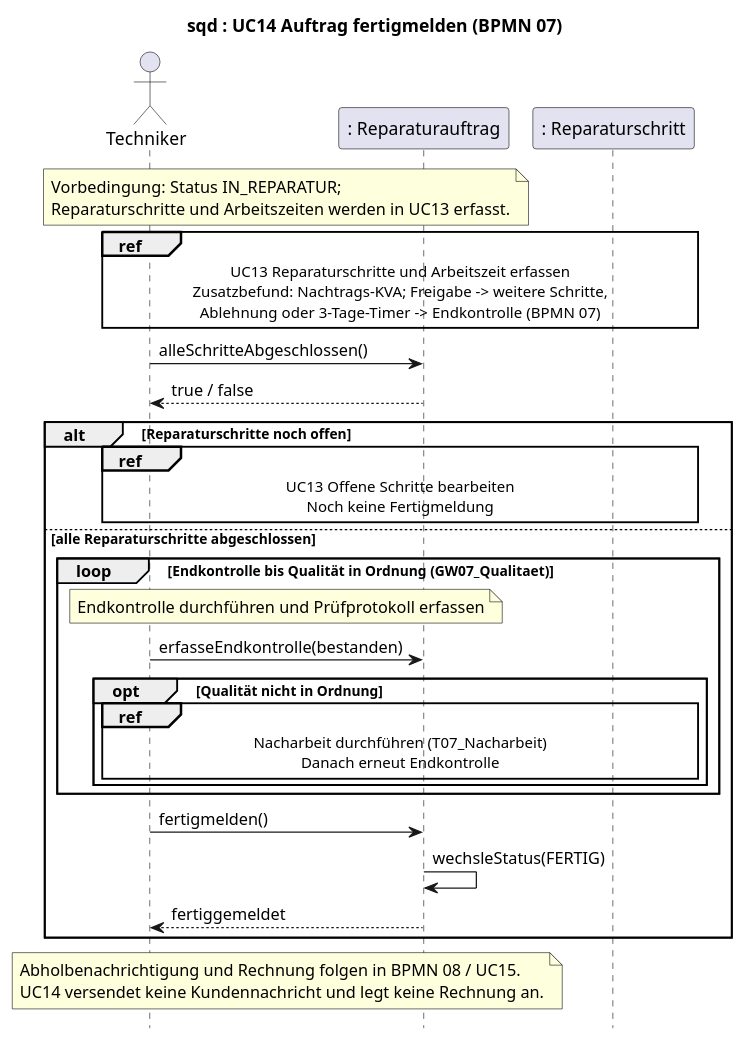
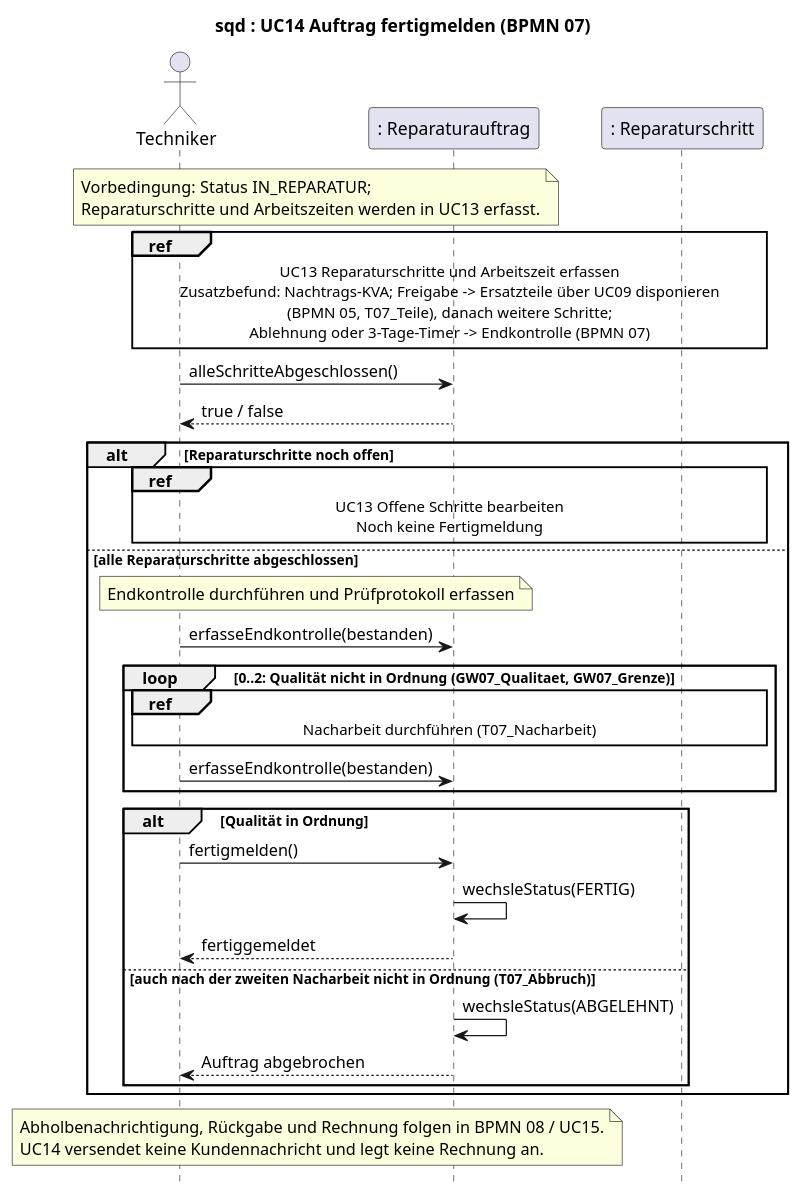
The diagram in uml/sequenz-04-fertigmeldung.puml (jakobschwan123-cmd/casestudy-semester-3), drawn with PlantUML before and after one commit. The commit also changed 19 other files, not shown here.

```diff
--- a/uml/sequenz-04-fertigmeldung.puml
+++ b/uml/sequenz-04-fertigmeldung.puml
@@ -1,33 +1,37 @@
 @startuml
 ' BPMN: p07-reparaturdurchfuehrung.bpmn
-' BPMN-Nodes: T07_Status T07_Start T07_Doku GW07_Weitere T07_Nachtrag T07_NachtragSenden E07_Entscheidung E07_Timer GW07_Nachtrag T07_Endkontrolle GW07_Qualitaet T07_Nacharbeit T07_Fertig
+' BPMN-Nodes: T07_Status T07_Start T07_Doku GW07_Weitere T07_Nachtrag T07_NachtragSenden E07_Entscheidung E07_Timer GW07_Nachtrag T07_Teile T07_Endkontrolle GW07_Qualitaet GW07_Grenze T07_Nacharbeit T07_Abbruch T07_Fertig
 title sqd : UC14 Auftrag fertigmelden (BPMN 07)
 skinparam defaultFontName Arial
 skinparam sequenceMessageAlign left
 skinparam maxMessageSize 160
 hide footbox
 
 actor Techniker
 participant ": Reparaturauftrag" as RA
 participant ": Reparaturschritt" as RS
 
 note over Techniker, RA : Vorbedingung: Status IN_REPARATUR;\nReparaturschritte und Arbeitszeiten werden in UC13 erfasst.
-ref over Techniker, RA, RS : UC13 Reparaturschritte und Arbeitszeit erfassen\nZusatzbefund: Nachtrags-KVA; Freigabe -> weitere Schritte,\nAblehnung oder 3-Tage-Timer -> Endkontrolle (BPMN 07)
+ref over Techniker, RA, RS : UC13 Reparaturschritte und Arbeitszeit erfassen\nZusatzbefund: Nachtrags-KVA; Freigabe -> Ersatzteile über UC09 disponieren\n(BPMN 05, T07_Teile), danach weitere Schritte;\nAblehnung oder 3-Tage-Timer -> Endkontrolle (BPMN 07)
 Techniker -> RA : alleSchritteAbgeschlossen()
 RA --> Techniker : true / false
 alt Reparaturschritte noch offen
     ref over Techniker, RA, RS : UC13 Offene Schritte bearbeiten\nNoch keine Fertigmeldung
 else alle Reparaturschritte abgeschlossen
-    loop Endkontrolle bis Qualität in Ordnung (GW07_Qualitaet)
-        note over Techniker, RA : Endkontrolle durchführen und Prüfprotokoll erfassen
+    note over Techniker, RA : Endkontrolle durchführen und Prüfprotokoll erfassen
+    Techniker -> RA : erfasseEndkontrolle(bestanden)
+    loop 0..2: Qualität nicht in Ordnung (GW07_Qualitaet, GW07_Grenze)
+        ref over Techniker, RA, RS : Nacharbeit durchführen (T07_Nacharbeit)
         Techniker -> RA : erfasseEndkontrolle(bestanden)
-        opt Qualität nicht in Ordnung
-            ref over Techniker, RA, RS : Nacharbeit durchführen (T07_Nacharbeit)\nDanach erneut Endkontrolle
-        end
     end
-    Techniker -> RA : fertigmelden()
-    RA -> RA : wechsleStatus(FERTIG)
-    RA --> Techniker : fertiggemeldet
+    alt Qualität in Ordnung
+        Techniker -> RA : fertigmelden()
+        RA -> RA : wechsleStatus(FERTIG)
+        RA --> Techniker : fertiggemeldet
+    else auch nach der zweiten Nacharbeit nicht in Ordnung (T07_Abbruch)
+        RA -> RA : wechsleStatus(ABGELEHNT)
+        RA --> Techniker : Auftrag abgebrochen
+    end
 end
-note over Techniker, RA : Abholbenachrichtigung und Rechnung folgen in BPMN 08 / UC15.\nUC14 versendet keine Kundennachricht und legt keine Rechnung an.
+note over Techniker, RA : Abholbenachrichtigung, Rückgabe und Rechnung folgen in BPMN 08 / UC15.\nUC14 versendet keine Kundennachricht und legt keine Rechnung an.
 @enduml
```
